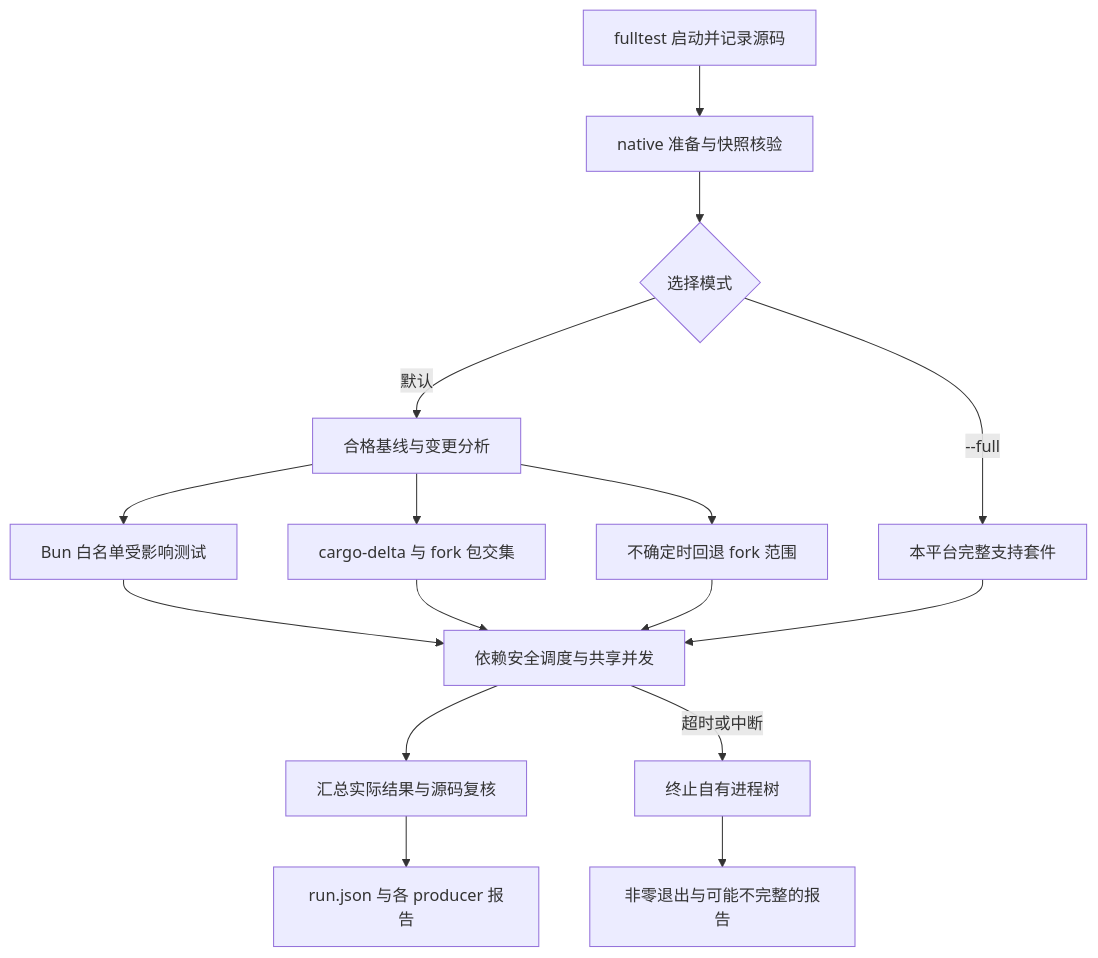
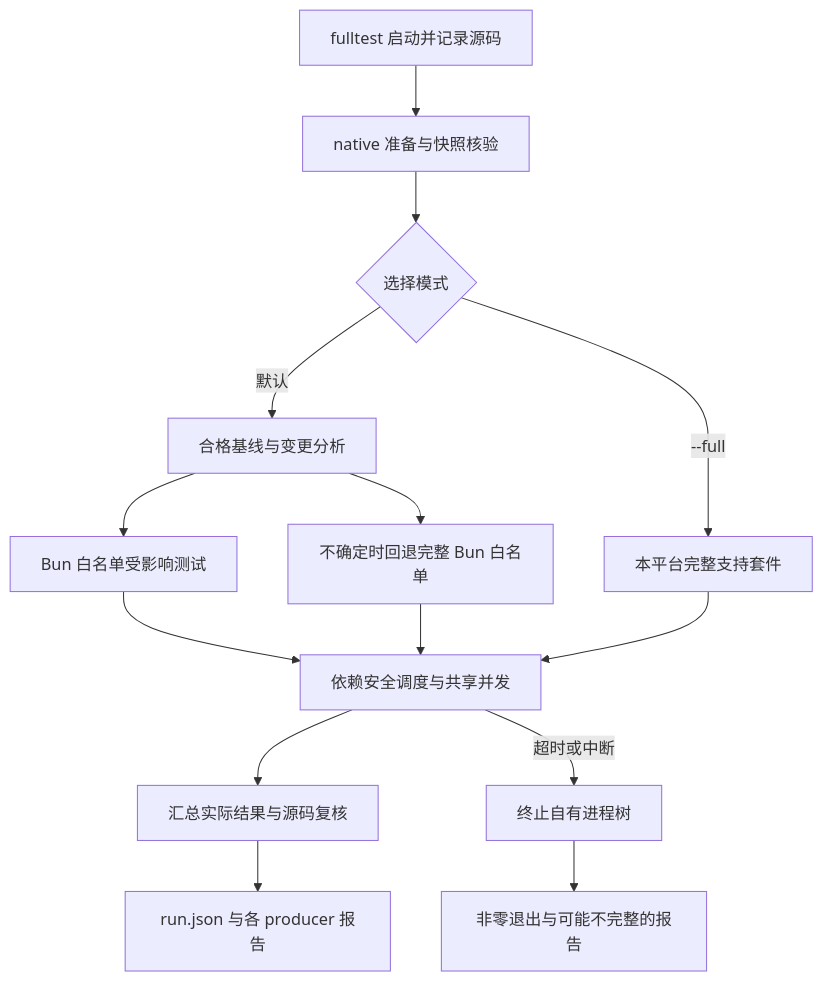
One commit to jchanghong023/oh-my-pi changed the diagram in openwiki/testing/verification-gates.md. Above: the diagram before and after it, drawn with Mermaid. The commit also changed other lines of this file and 153 other files, not shown here.

````diff
--- a/openwiki/testing/verification-gates.md
+++ b/openwiki/testing/verification-gates.md
@@ -60,18 +58,16 @@
 ```mermaid
 flowchart TD
     A["fulltest 启动并记录源码"] --> B["native 准备与快照核验"]
     B --> C{"选择模式"}
     C -->|默认| D["合格基线与变更分析"]
     D --> E["Bun 白名单受影响测试"]
-    D --> F["cargo-delta 与 fork 包交集"]
-    D --> G["不确定时回退 fork 范围"]
+    D --> G["不确定时回退完整 Bun 白名单"]
     C -->|"--full"| H["本平台完整支持套件"]
     E --> I["依赖安全调度与共享并发"]
-    F --> I
     G --> I
     H --> I
     I --> J["汇总实际结果与源码复核"]
     J --> K["run.json 与各 producer 报告"]
     I -->|"超时或中断"| L["终止自有进程树"]
     L --> M["非零退出与可能不完整的报告"]
 ```
````
